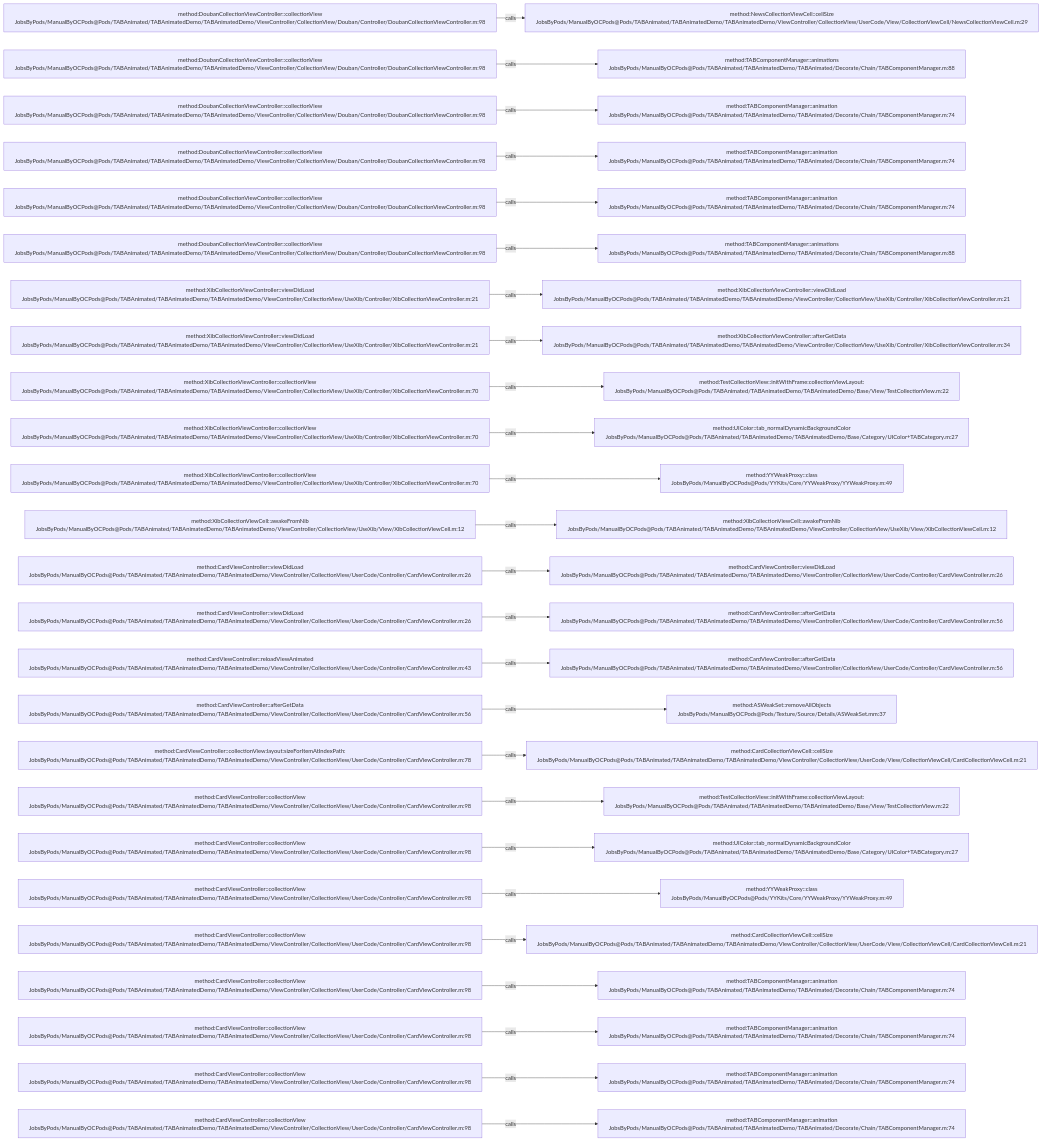
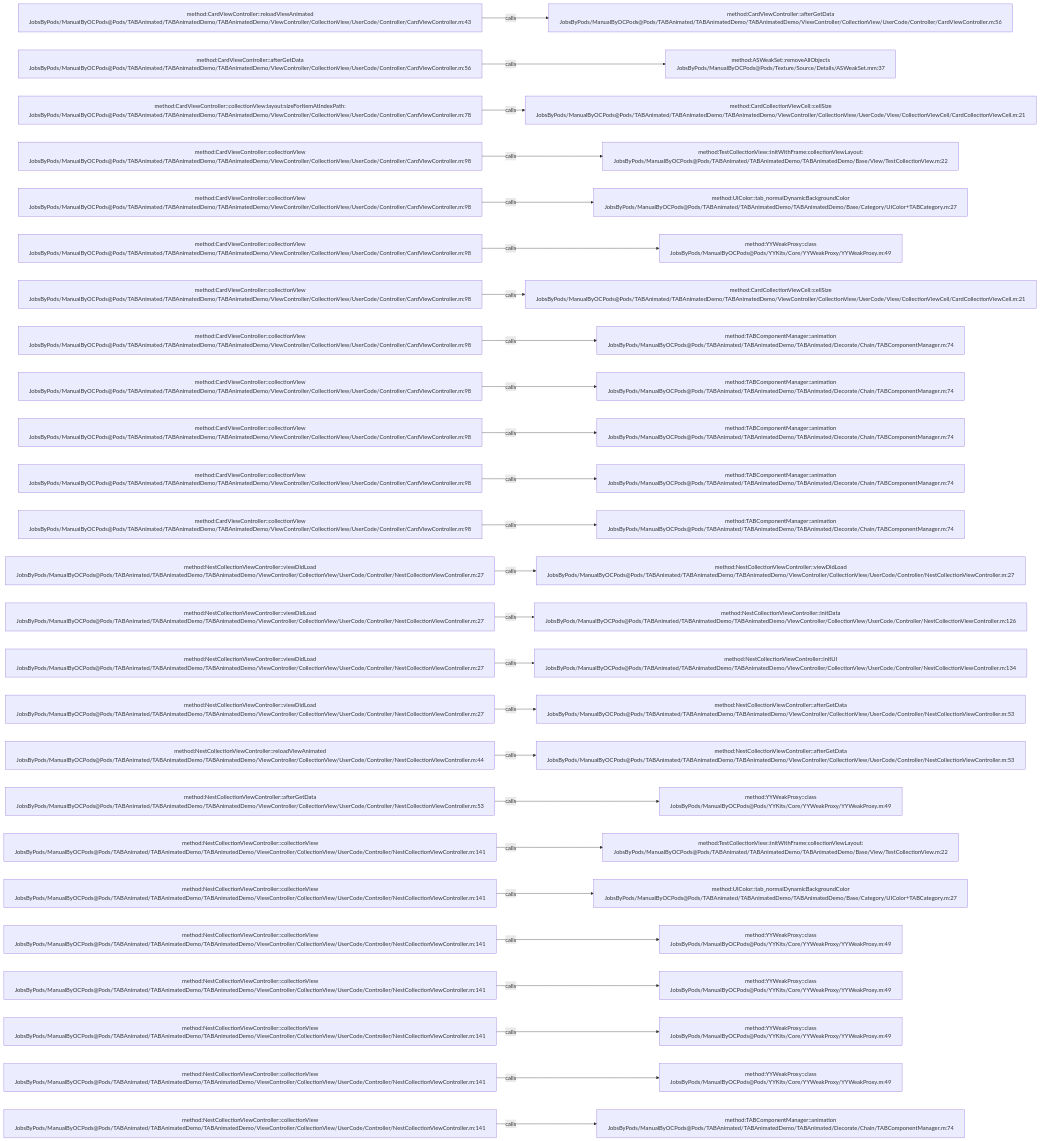
The diagram in .codegraph/codegraph.md/graphs/calls-051.md (JobsKits/JobsOCBaseConfigDemo), drawn with Mermaid before and after one commit. The commit also changed 296 other files, not shown here.

````diff
--- a/.codegraph/codegraph.md/graphs/calls-051.md
+++ b/.codegraph/codegraph.md/graphs/calls-051.md
@@ -13,78 +13,78 @@
 ```mermaid
 flowchart LR
-  S1["method:DoubanCollectionViewController::collectionView<br/>JobsByPods/ManualByOCPods@Pods/TABAnimated/TABAnimatedDemo/TABAnimatedDemo/ViewController/CollectionView/Douban/Controller/DoubanCollectionViewController.m:98"]
-  T1["method:NewsCollectionViewCell::cellSize<br/>JobsByPods/ManualByOCPods@Pods/TABAnimated/TABAnimatedDemo/TABAnimatedDemo/ViewController/CollectionView/UserCode/View/CollectionViewCell/NewsCollectionViewCell.m:29"]
+  S1["method:CardViewController::reloadViewAnimated<br/>JobsByPods/ManualByOCPods@Pods/TABAnimated/TABAnimatedDemo/TABAnimatedDemo/ViewController/CollectionView/UserCode/Controller/CardViewController.m:43"]
+  T1["method:CardViewController::afterGetData<br/>JobsByPods/ManualByOCPods@Pods/TABAnimated/TABAnimatedDemo/TABAnimatedDemo/ViewController/CollectionView/UserCode/Controller/CardViewController.m:56"]
   S1 -->|calls| T1
-  S2["method:DoubanCollectionViewController::collectionView<br/>JobsByPods/ManualByOCPods@Pods/TABAnimated/TABAnimatedDemo/TABAnimatedDemo/ViewController/CollectionView/Douban/Controller/DoubanCollectionViewController.m:98"]
-  T2["method:TABComponentManager::animations<br/>JobsByPods/ManualByOCPods@Pods/TABAnimated/TABAnimatedDemo/TABAnimated/Decorate/Chain/TABComponentManager.m:88"]
+  S2["method:CardViewController::afterGetData<br/>JobsByPods/ManualByOCPods@Pods/TABAnimated/TABAnimatedDemo/TABAnimatedDemo/ViewController/CollectionView/UserCode/Controller/CardViewController.m:56"]
+  T2["method:ASWeakSet::removeAllObjects<br/>JobsByPods/ManualByOCPods@Pods/Texture/Source/Details/ASWeakSet.mm:37"]
   S2 -->|calls| T2
-  S3["method:DoubanCollectionViewController::collectionView<br/>JobsByPods/ManualByOCPods@Pods/TABAnimated/TABAnimatedDemo/TABAnimatedDemo/ViewController/CollectionView/Douban/Controller/DoubanCollectionViewController.m:98"]
-  T3["method:TABComponentManager::animation<br/>JobsByPods/ManualByOCPods@Pods/TABAnimated/TABAnimatedDemo/TABAnimated/Decorate/Chain/TABComponentManager.m:74"]
+  S3["method:CardViewController::collectionView:layout:sizeForItemAtIndexPath:<br/>JobsByPods/ManualByOCPods@Pods/TABAnimated/TABAnimatedDemo/TABAnimatedDemo/ViewController/CollectionView/UserCode/Controller/CardViewController.m:78"]
+  T3["method:CardCollectionViewCell::cellSize<br/>JobsByPods/ManualByOCPods@Pods/TABAnimated/TABAnimatedDemo/TABAnimatedDemo/ViewController/CollectionView/UserCode/View/CollectionViewCell/CardCollectionViewCell.m:21"]
   S3 -->|calls| T3
-  S4["method:DoubanCollectionViewController::collectionView<br/>JobsByPods/ManualByOCPods@Pods/TABAnimated/TABAnimatedDemo/TABAnimatedDemo/ViewController/CollectionView/Douban/Controller/DoubanCollectionViewController.m:98"]
-  T4["method:TABComponentManager::animation<br/>JobsByPods/ManualByOCPods@Pods/TABAnimated/TABAnimatedDemo/TABAnimated/Decorate/Chain/TABComponentManager.m:74"]
+  S4["method:CardViewController::collectionView<br/>JobsByPods/ManualByOCPods@Pods/TABAnimated/TABAnimatedDemo/TABAnimatedDemo/ViewController/CollectionView/UserCode/Controller/CardViewController.m:98"]
+  T4["method:TestCollectionView::initWithFrame:collectionViewLayout:<br/>JobsByPods/ManualByOCPods@Pods/TABAnimated/TABAnimatedDemo/TABAnimatedDemo/Base/View/TestCollectionView.m:22"]
   S4 -->|calls| T4
-  S5["method:DoubanCollectionViewController::collectionView<br/>JobsByPods/ManualByOCPods@Pods/TABAnimated/TABAnimatedDemo/TABAnimatedDemo/ViewController/CollectionView/Douban/Controller/DoubanCollectionViewController.m:98"]
-  T5["method:TABComponentManager::animation<br/>JobsByPods/ManualByOCPods@Pods/TABAnimated/TABAnimatedDemo/TABAnimated/Decorate/Chain/TABComponentManager.m:74"]
+  S5["method:CardViewController::collectionView<br/>JobsByPods/ManualByOCPods@Pods/TABAnimated/TABAnimatedDemo/TABAnimatedDemo/ViewController/CollectionView/UserCode/Controller/CardViewController.m:98"]
+  T5["method:UIColor::tab_normalDynamicBackgroundColor<br/>JobsByPods/ManualByOCPods@Pods/TABAnimated/TABAnimatedDemo/TABAnimatedDemo/Base/Category/UIColor+TABCategory.m:27"]
   S5 -->|calls| T5
-  S6["method:DoubanCollectionViewController::collectionView<br/>JobsByPods/ManualByOCPods@Pods/TABAnimated/TABAnimatedDemo/TABAnimatedDemo/ViewController/CollectionView/Douban/Controller/DoubanCollectionViewController.m:98"]
-  T6["method:TABComponentManager::animations<br/>JobsByPods/ManualByOCPods@Pods/TABAnimated/TABAnimatedDemo/TABAnimated/Decorate/Chain/TABComponentManager.m:88"]
+  S6["method:CardViewController::collectionView<br/>JobsByPods/ManualByOCPods@Pods/TABAnimated/TABAnimatedDemo/TABAnimatedDemo/ViewController/CollectionView/UserCode/Controller/CardViewController.m:98"]
+  T6["method:YYWeakProxy::class<br/>JobsByPods/ManualByOCPods@Pods/YYKits/Core/YYWeakProxy/YYWeakProxy.m:49"]
   S6 -->|calls| T6
-  S7["method:XibCollectionViewController::viewDidLoad<br/>JobsByPods/ManualByOCPods@Pods/TABAnimated/TABAnimatedDemo/TABAnimatedDemo/ViewController/CollectionView/UseXib/Controller/XibCollectionViewController.m:21"]
-  T7["method:XibCollectionViewController::viewDidLoad<br/>JobsByPods/ManualByOCPods@Pods/TABAnimated/TABAnimatedDemo/TABAnimatedDemo/ViewController/CollectionView/UseXib/Controller/XibCollectionViewController.m:21"]
+  S7["method:CardViewController::collectionView<br/>JobsByPods/ManualByOCPods@Pods/TABAnimated/TABAnimatedDemo/TABAnimatedDemo/ViewController/CollectionView/UserCode/Controller/CardViewController.m:98"]
+  T7["method:CardCollectionViewCell::cellSize<br/>JobsByPods/ManualByOCPods@Pods/TABAnimated/TABAnimatedDemo/TABAnimatedDemo/ViewController/CollectionView/UserCode/View/CollectionViewCell/CardCollectionViewCell.m:21"]
   S7 -->|calls| T7
-  S8["method:XibCollectionViewController::viewDidLoad<br/>JobsByPods/ManualByOCPods@Pods/TABAnimated/TABAnimatedDemo/TABAnimatedDemo/ViewController/CollectionView/UseXib/Controller/XibCollectionViewController.m:21"]
-  T8["method:XibCollectionViewController::afterGetData<br/>JobsByPods/ManualByOCPods@Pods/TABAnimated/TABAnimatedDemo/TABAnimatedDemo/ViewController/CollectionView/UseXib/Controller/XibCollectionViewController.m:34"]
+  S8["method:CardViewController::collectionView<br/>JobsByPods/ManualByOCPods@Pods/TABAnimated/TABAnimatedDemo/TABAnimatedDemo/ViewController/CollectionView/UserCode/Controller/CardViewController.m:98"]
+  T8["method:TABComponentManager::animation<br/>JobsByPods/ManualByOCPods@Pods/TABAnimated/TABAnimatedDemo/TABAnimated/Decorate/Chain/TABComponentManager.m:74"]
   S8 -->|calls| T8
-  S9["method:XibCollectionViewController::collectionView<br/>JobsByPods/ManualByOCPods@Pods/TABAnimated/TABAnimatedDemo/TABAnimatedDemo/ViewController/CollectionView/UseXib/Controller/XibCollectionViewController.m:70"]
-  T9["method:TestCollectionView::initWithFrame:collectionViewLayout:<br/>JobsByPods/ManualByOCPods@Pods/TABAnimated/TABAnimatedDemo/TABAnimatedDemo/Base/View/TestCollectionView.m:22"]
+  S9["method:CardViewController::collectionView<br/>JobsByPods/ManualByOCPods@Pods/TABAnimated/TABAnimatedDemo/TABAnimatedDemo/ViewController/CollectionView/UserCode/Controller/CardViewController.m:98"]
+  T9["method:TABComponentManager::animation<br/>JobsByPods/ManualByOCPods@Pods/TABAnimated/TABAnimatedDemo/TABAnimated/Decorate/Chain/TABComponentManager.m:74"]
   S9 -->|calls| T9
-  S10["method:XibCollectionViewController::collectionView<br/>JobsByPods/ManualByOCPods@Pods/TABAnimated/TABAnimatedDemo/TABAnimatedDemo/ViewController/CollectionView/UseXib/Controller/XibCollectionViewController.m:70"]
-  T10["method:UIColor::tab_normalDynamicBackgroundColor<br/>JobsByPods/ManualByOCPods@Pods/TABAnimated/TABAnimatedDemo/TABAnimatedDemo/Base/Category/UIColor+TABCategory.m:27"]
+  S10["method:CardViewController::collectionView<br/>JobsByPods/ManualByOCPods@Pods/TABAnimated/TABAnimatedDemo/TABAnimatedDemo/ViewController/CollectionView/UserCode/Controller/CardViewController.m:98"]
+  T10["method:TABComponentManager::animation<br/>JobsByPods/ManualByOCPods@Pods/TABAnimated/TABAnimatedDemo/TABAnimated/Decorate/Chain/TABComponentManager.m:74"]
   S10 -->|calls| T10
-  S11["method:XibCollectionViewController::collectionView<br/>JobsByPods/ManualByOCPods@Pods/TABAnimated/TABAnimatedDemo/TABAnimatedDemo/ViewController/CollectionView/UseXib/Controller/XibCollectionViewController.m:70"]
-  T11["method:YYWeakProxy::class<br/>JobsByPods/ManualByOCPods@Pods/YYKits/Core/YYWeakProxy/YYWeakProxy.m:49"]
+  S11["method:CardViewController::collectionView<br/>JobsByPods/ManualByOCPods@Pods/TABAnimated/TABAnimatedDemo/TABAnimatedDemo/ViewController/CollectionView/UserCode/Controller/CardViewController.m:98"]
+  T11["method:TABComponentManager::animation<br/>JobsByPods/ManualByOCPods@Pods/TABAnimated/TABAnimatedDemo/TABAnimated/Decorate/Chain/TABComponentManager.m:74"]
   S11 -->|calls| T11
-  S12["method:XibCollectionViewCell::awakeFromNib<br/>JobsByPods/ManualByOCPods@Pods/TABAnimated/TABAnimatedDemo/TABAnimatedDemo/ViewController/CollectionView/UseXib/View/XibCollectionViewCell.m:12"]
-  T12["method:XibCollectionViewCell::awakeFromNib<br/>JobsByPods/ManualByOCPods@Pods/TABAnimated/TABAnimatedDemo/TABAnimatedDemo/ViewController/CollectionView/UseXib/View/XibCollectionViewCell.m:12"]
+  S12["method:CardViewController::collectionView<br/>JobsByPods/ManualByOCPods@Pods/TABAnimated/TABAnimatedDemo/TABAnimatedDemo/ViewController/CollectionView/UserCode/Controller/CardViewController.m:98"]
+  T12["method:TABComponentManager::animation<br/>JobsByPods/ManualByOCPods@Pods/TABAnimated/TABAnimatedDemo/TABAnimated/Decorate/Chain/TABComponentManager.m:74"]
   S12 -->|calls| T12
-  S13["method:CardViewController::viewDidLoad<br/>JobsByPods/ManualByOCPods@Pods/TABAnimated/TABAnimatedDemo/TABAnimatedDemo/ViewController/CollectionView/UserCode/Controller/CardViewController.m:26"]
-  T13["method:CardViewController::viewDidLoad<br/>JobsByPods/ManualByOCPods@Pods/TABAnimated/TABAnimatedDemo/TABAnimatedDemo/ViewController/CollectionView/UserCode/Controller/CardViewController.m:26"]
+  S13["method:NestCollectionViewController::viewDidLoad<br/>JobsByPods/ManualByOCPods@Pods/TABAnimated/TABAnimatedDemo/TABAnimatedDemo/ViewController/CollectionView/UserCode/Controller/NestCollectionViewController.m:27"]
+  T13["method:NestCollectionViewController::viewDidLoad<br/>JobsByPods/ManualByOCPods@Pods/TABAnimated/TABAnimatedDemo/TABAnimatedDemo/ViewController/CollectionView/UserCode/Controller/NestCollectionViewController.m:27"]
   S13 -->|calls| T13
-  S14["method:CardViewController::viewDidLoad<br/>JobsByPods/ManualByOCPods@Pods/TABAnimated/TABAnimatedDemo/TABAnimatedDemo/ViewController/CollectionView/UserCode/Controller/CardViewController.m:26"]
-  T14["method:CardViewController::afterGetData<br/>JobsByPods/ManualByOCPods@Pods/TABAnimated/TABAnimatedDemo/TABAnimatedDemo/ViewController/CollectionView/UserCode/Controller/CardViewController.m:56"]
+  S14["method:NestCollectionViewController::viewDidLoad<br/>JobsByPods/ManualByOCPods@Pods/TABAnimated/TABAnimatedDemo/TABAnimatedDemo/ViewController/CollectionView/UserCode/Controller/NestCollectionViewController.m:27"]
+  T14["method:NestCollectionViewController::initData<br/>JobsByPods/ManualByOCPods@Pods/TABAnimated/TABAnimatedDemo/TABAnimatedDemo/ViewController/CollectionView/UserCode/Controller/NestCollectionViewController.m:126"]
   S14 -->|calls| T14
-  S15["method:CardViewController::reloadViewAnimated<br/>JobsByPods/ManualByOCPods@Pods/TABAnimated/TABAnimatedDemo/TABAnimatedDemo/ViewController/CollectionView/UserCode/Controller/CardViewController.m:43"]
-  T15["method:CardViewController::afterGetData<br/>JobsByPods/ManualByOCPods@Pods/TABAnimated/TABAnimatedDemo/TABAnimatedDemo/ViewController/CollectionView/UserCode/Controller/CardViewController.m:56"]
+  S15["method:NestCollectionViewController::viewDidLoad<br/>JobsByPods/ManualByOCPods@Pods/TABAnimated/TABAnimatedDemo/TABAnimatedDemo/ViewController/CollectionView/UserCode/Controller/NestCollectionViewController.m:27"]
+  T15["method:NestCollectionViewController::initUI<br/>JobsByPods/ManualByOCPods@Pods/TABAnimated/TABAnimatedDemo/TABAnimatedDemo/ViewController/CollectionView/UserCode/Controller/NestCollectionViewController.m:134"]
   S15 -->|calls| T15
-  S16["method:CardViewController::afterGetData<br/>JobsByPods/ManualByOCPods@Pods/TABAnimated/TABAnimatedDemo/TABAnimatedDemo/ViewController/CollectionView/UserCode/Controller/CardViewController.m:56"]
-  T16["method:ASWeakSet::removeAllObjects<br/>JobsByPods/ManualByOCPods@Pods/Texture/Source/Details/ASWeakSet.mm:37"]
+  S16["method:NestCollectionViewController::viewDidLoad<br/>JobsByPods/ManualByOCPods@Pods/TABAnimated/TABAnimatedDemo/TABAnimatedDemo/ViewController/CollectionView/UserCode/Controller/NestCollectionViewController.m:27"]
+  T16["method:NestCollectionViewController::afterGetData<br/>JobsByPods/ManualByOCPods@Pods/TABAnimated/TABAnimatedDemo/TABAnimatedDemo/ViewController/CollectionView/UserCode/Controller/NestCollectionViewController.m:53"]
   S16 -->|calls| T16
-  S17["method:CardViewController::collectionView:layout:sizeForItemAtIndexPath:<br/>JobsByPods/ManualByOCPods@Pods/TABAnimated/TABAnimatedDemo/TABAnimatedDemo/ViewController/CollectionView/UserCode/Controller/CardViewController.m:78"]
-  T17["method:CardCollectionViewCell::cellSize<br/>JobsByPods/ManualByOCPods@Pods/TABAnimated/TABAnimatedDemo/TABAnimatedDemo/ViewController/CollectionView/UserCode/View/CollectionViewCell/CardCollectionViewCell.m:21"]
+  S17["method:NestCollectionViewController::reloadViewAnimated<br/>JobsByPods/ManualByOCPods@Pods/TABAnimated/TABAnimatedDemo/TABAnimatedDemo/ViewController/CollectionView/UserCode/Controller/NestCollectionViewController.m:44"]
+  T17["method:NestCollectionViewController::afterGetData<br/>JobsByPods/ManualByOCPods@Pods/TABAnimated/TABAnimatedDemo/TABAnimatedDemo/ViewController/CollectionView/UserCode/Controller/NestCollectionViewController.m:53"]
   S17 -->|calls| T17
-  S18["method:CardViewController::collectionView<br/>JobsByPods/ManualByOCPods@Pods/TABAnimated/TABAnimatedDemo/TABAnimatedDemo/ViewController/CollectionView/UserCode/Controller/CardViewController.m:98"]
-  T18["method:TestCollectionView::initWithFrame:collectionViewLayout:<br/>JobsByPods/ManualByOCPods@Pods/TABAnimated/TABAnimatedDemo/TABAnimatedDemo/Base/View/TestCollectionView.m:22"]
+  S18["method:NestCollectionViewController::afterGetData<br/>JobsByPods/ManualByOCPods@Pods/TABAnimated/TABAnimatedDemo/TABAnimatedDemo/ViewController/CollectionView/UserCode/Controller/NestCollectionViewController.m:53"]
+  T18["method:YYWeakProxy::class<br/>JobsByPods/ManualByOCPods@Pods/YYKits/Core/YYWeakProxy/YYWeakProxy.m:49"]
   S18 -->|calls| T18
-  S19["method:CardViewController::collectionView<br/>JobsByPods/ManualByOCPods@Pods/TABAnimated/TABAnimatedDemo/TABAnimatedDemo/ViewController/CollectionView/UserCode/Controller/CardViewController.m:98"]
-  T19["method:UIColor::tab_normalDynamicBackgroundColor<br/>JobsByPods/ManualByOCPods@Pods/TABAnimated/TABAnimatedDemo/TABAnimatedDemo/Base/Category/UIColor+TABCategory.m:27"]
+  S19["method:NestCollectionViewController::collectionView<br/>JobsByPods/ManualByOCPods@Pods/TABAnimated/TABAnimatedDemo/TABAnimatedDemo/ViewController/CollectionView/UserCode/Controller/NestCollectionViewController.m:141"]
+  T19["method:TestCollectionView::initWithFrame:collectionViewLayout:<br/>JobsByPods/ManualByOCPods@Pods/TABAnimated/TABAnimatedDemo/TABAnimatedDemo/Base/View/TestCollectionView.m:22"]
   S19 -->|calls| T19
-  S20["method:CardViewController::collectionView<br/>JobsByPods/ManualByOCPods@Pods/TABAnimated/TABAnimatedDemo/TABAnimatedDemo/ViewController/CollectionView/UserCode/Controller/CardViewController.m:98"]
-  T20["method:YYWeakProxy::class<br/>JobsByPods/ManualByOCPods@Pods/YYKits/Core/YYWeakProxy/YYWeakProxy.m:49"]
+  S20["method:NestCollectionViewController::collectionView<br/>JobsByPods/ManualByOCPods@Pods/TABAnimated/TABAnimatedDemo/TABAnimatedDemo/ViewController/CollectionView/UserCode/Controller/NestCollectionViewController.m:141"]
+  T20["method:UIColor::tab_normalDynamicBackgroundColor<br/>JobsByPods/ManualByOCPods@Pods/TABAnimated/TABAnimatedDemo/TABAnimatedDemo/Base/Category/UIColor+TABCategory.m:27"]
   S20 -->|calls| T20
-  S21["method:CardViewController::collectionView<br/>JobsByPods/ManualByOCPods@Pods/TABAnimated/TABAnimatedDemo/TABAnimatedDemo/ViewController/CollectionView/UserCode/Controller/CardViewController.m:98"]
-  T21["method:CardCollectionViewCell::cellSize<br/>JobsByPods/ManualByOCPods@Pods/TABAnimated/TABAnimatedDemo/TABAnimatedDemo/ViewController/CollectionView/UserCode/View/CollectionViewCell/CardCollectionViewCell.m:21"]
+  S21["method:NestCollectionViewController::collectionView<br/>JobsByPods/ManualByOCPods@Pods/TABAnimated/TABAnimatedDemo/TABAnimatedDemo/ViewController/CollectionView/UserCode/Controller/NestCollectionViewController.m:141"]
+  T21["method:YYWeakProxy::class<br/>JobsByPods/ManualByOCPods@Pods/YYKits/Core/YYWeakProxy/YYWeakProxy.m:49"]
   S21 -->|calls| T21
-  S22["method:CardViewController::collectionView<br/>JobsByPods/ManualByOCPods@Pods/TABAnimated/TABAnimatedDemo/TABAnimatedDemo/ViewController/CollectionView/UserCode/Controller/CardViewController.m:98"]
-  T22["method:TABComponentManager::animation<br/>JobsByPods/ManualByOCPods@Pods/TABAnimated/TABAnimatedDemo/TABAnimated/Decorate/Chain/TABComponentManager.m:74"]
+  S22["method:NestCollectionViewController::collectionView<br/>JobsByPods/ManualByOCPods@Pods/TABAnimated/TABAnimatedDemo/TABAnimatedDemo/ViewController/CollectionView/UserCode/Controller/NestCollectionViewController.m:141"]
+  T22["method:YYWeakProxy::class<br/>JobsByPods/ManualByOCPods@Pods/YYKits/Core/YYWeakProxy/YYWeakProxy.m:49"]
   S22 -->|calls| T22
-  S23["method:CardViewController::collectionView<br/>JobsByPods/ManualByOCPods@Pods/TABAnimated/TABAnimatedDemo/TABAnimatedDemo/ViewController/CollectionView/UserCode/Controller/CardViewController.m:98"]
-  T23["method:TABComponentManager::animation<br/>JobsByPods/ManualByOCPods@Pods/TABAnimated/TABAnimatedDemo/TABAnimated/Decorate/Chain/TABComponentManager.m:74"]
+  S23["method:NestCollectionViewController::collectionView<br/>JobsByPods/ManualByOCPods@Pods/TABAnimated/TABAnimatedDemo/TABAnimatedDemo/ViewController/CollectionView/UserCode/Controller/NestCollectionViewController.m:141"]
+  T23["method:YYWeakProxy::class<br/>JobsByPods/ManualByOCPods@Pods/YYKits/Core/YYWeakProxy/YYWeakProxy.m:49"]
   S23 -->|calls| T23
-  S24["method:CardViewController::collectionView<br/>JobsByPods/ManualByOCPods@Pods/TABAnimated/TABAnimatedDemo/TABAnimatedDemo/ViewController/CollectionView/UserCode/Controller/CardViewController.m:98"]
-  T24["method:TABComponentManager::animation<br/>JobsByPods/ManualByOCPods@Pods/TABAnimated/TABAnimatedDemo/TABAnimated/Decorate/Chain/TABComponentManager.m:74"]
+  S24["method:NestCollectionViewController::collectionView<br/>JobsByPods/ManualByOCPods@Pods/TABAnimated/TABAnimatedDemo/TABAnimatedDemo/ViewController/CollectionView/UserCode/Controller/NestCollectionViewController.m:141"]
+  T24["method:YYWeakProxy::class<br/>JobsByPods/ManualByOCPods@Pods/YYKits/Core/YYWeakProxy/YYWeakProxy.m:49"]
   S24 -->|calls| T24
-  S25["method:CardViewController::collectionView<br/>JobsByPods/ManualByOCPods@Pods/TABAnimated/TABAnimatedDemo/TABAnimatedDemo/ViewController/CollectionView/UserCode/Controller/CardViewController.m:98"]
+  S25["method:NestCollectionViewController::collectionView<br/>JobsByPods/ManualByOCPods@Pods/TABAnimated/TABAnimatedDemo/TABAnimatedDemo/ViewController/CollectionView/UserCode/Controller/NestCollectionViewController.m:141"]
   T25["method:TABComponentManager::animation<br/>JobsByPods/ManualByOCPods@Pods/TABAnimated/TABAnimatedDemo/TABAnimated/Decorate/Chain/TABComponentManager.m:74"]
   S25 -->|calls| T25
 ```
````
